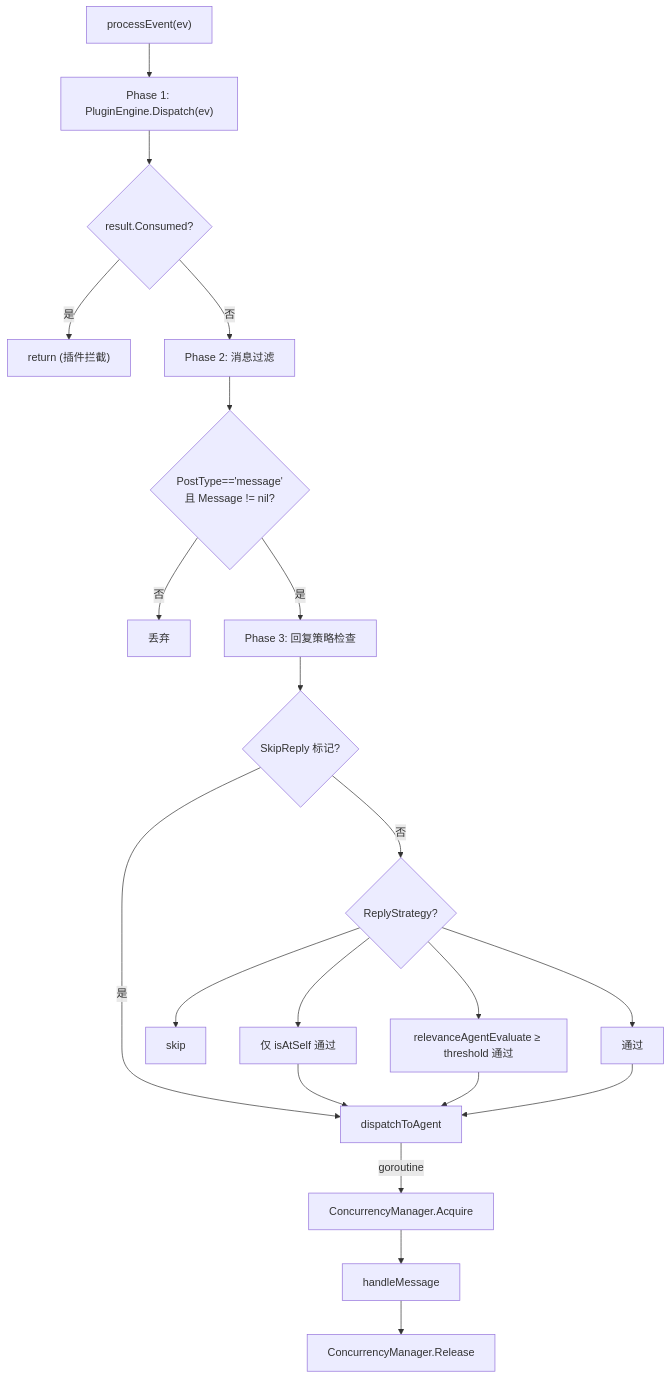
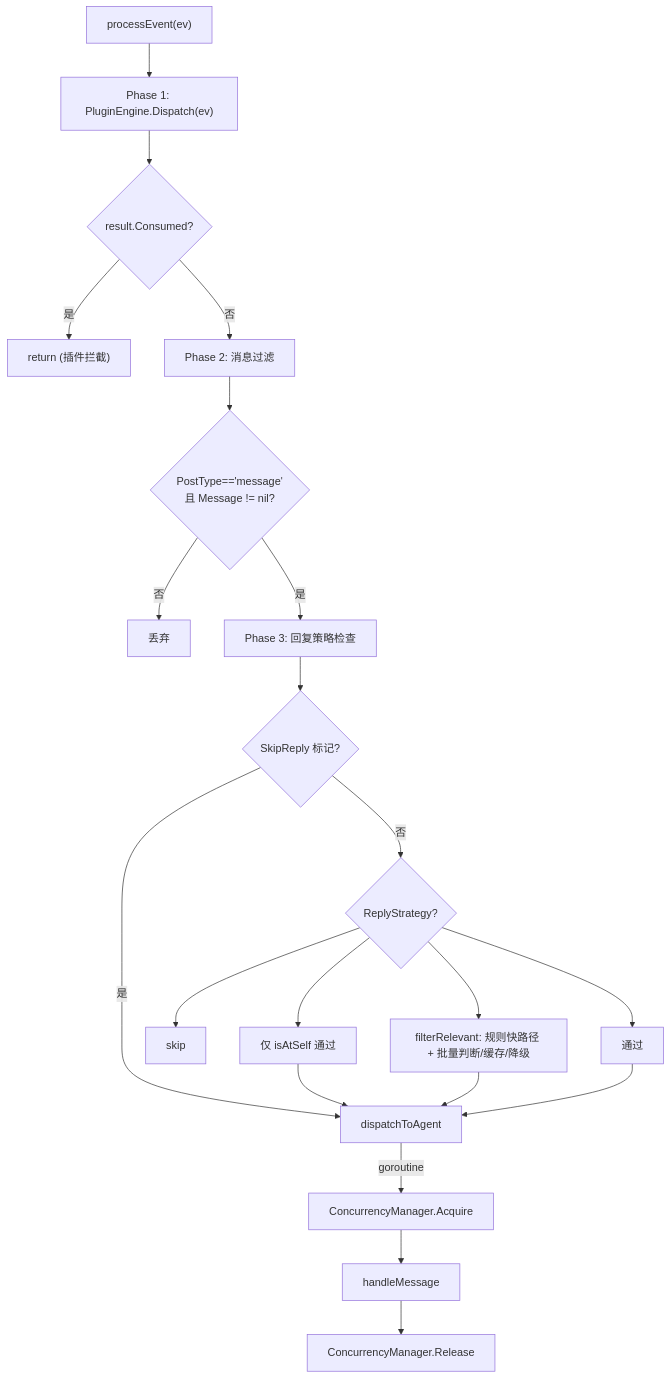
The seventh of 14 diagrams in docs/project-details.md (JuanNiangDev/JuanNiang-Neo), drawn with Mermaid before and after one commit. The commit also changed other lines of this file and 4 other files, not shown here.

````diff
--- a/docs/project-details.md
+++ b/docs/project-details.md
@@ -482,23 +482,23 @@
 ```mermaid
 flowchart TD
   Start["processEvent(ev)"] --> P1["Phase 1: PluginEngine.Dispatch(ev)"]
   P1 --> C1{"result.Consumed?"}
   C1 -->|是| Done["return (插件拦截)"]
   C1 -->|否| P2["Phase 2: 消息过滤"]
   P2 --> P2C{"PostType=='message'<br/>且 Message != nil?"}
   P2C -->|否| Drop["丢弃"]
   P2C -->|是| P3["Phase 3: 回复策略检查"]
   P3 --> P3C{"SkipReply 标记?"}
   P3C -->|是| DA["dispatchToAgent"]
   P3C -->|否| STR{"ReplyStrategy?"}
   STR --> never_reply["skip"]
   STR --> at_only["仅 isAtSelf 通过"]
-  STR --> relevance["relevanceAgentEvaluate ≥ threshold 通过"]
+  STR --> relevance["filterRelevant: 规则快路径 + 批量判断/缓存/降级"]
   STR --> always["通过"]
   at_only --> DA
   relevance --> DA
   always --> DA
   DA -->|goroutine| CM["ConcurrencyManager.Acquire"]
   CM --> HM["handleMessage"]
   HM --> CMR["ConcurrencyManager.Release"]
 ```
````
